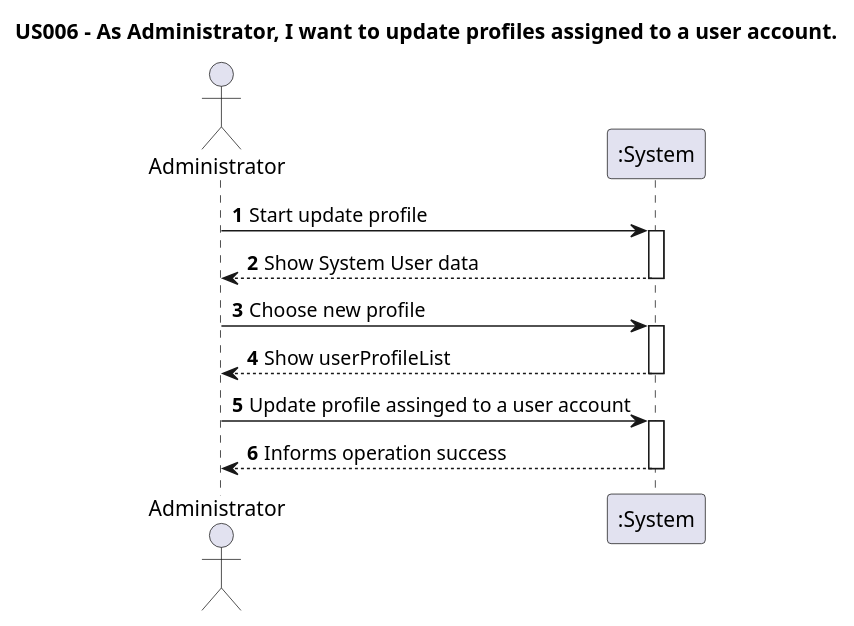
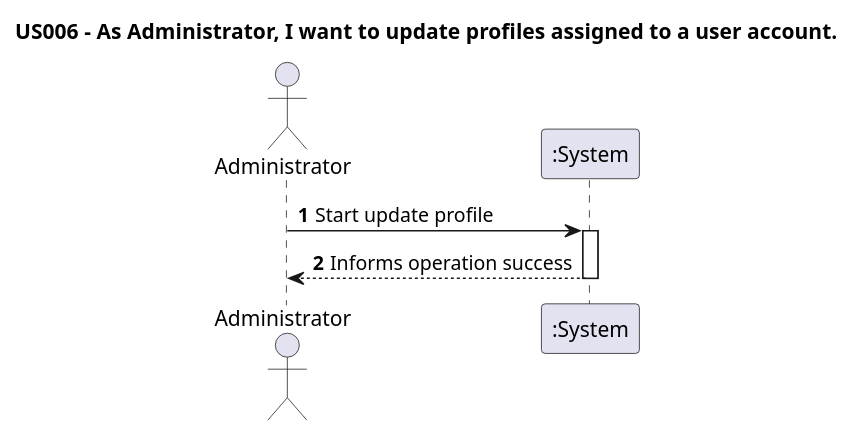
One commit to nunogon1211787/projectManagement changed the diagram in docs/Sprint1/US006/US006-SSD.puml. Above: the diagram before and after it, drawn with PlantUML. The commit also changed 51 other files, not shown here.

```diff
--- a/docs/Sprint1/US006/US006-SSD.puml
+++ b/docs/Sprint1/US006/US006-SSD.puml
@@ -1,18 +1,14 @@
 @startuml
 
 title "US006 - As Administrator, I want to update profiles assigned to a user account."
 
 autoactivate on
 autonumber
 
 actor "Administrator" as Administrator
 participant ":System" as System
 
 Administrator -> System: Start update profile
-return Show System User data
-Administrator -> System: Choose new profile
-return Show userProfileList
-Administrator -> System: Update profile assinged to a user account
 return Informs operation success
 
 @enduml
```
